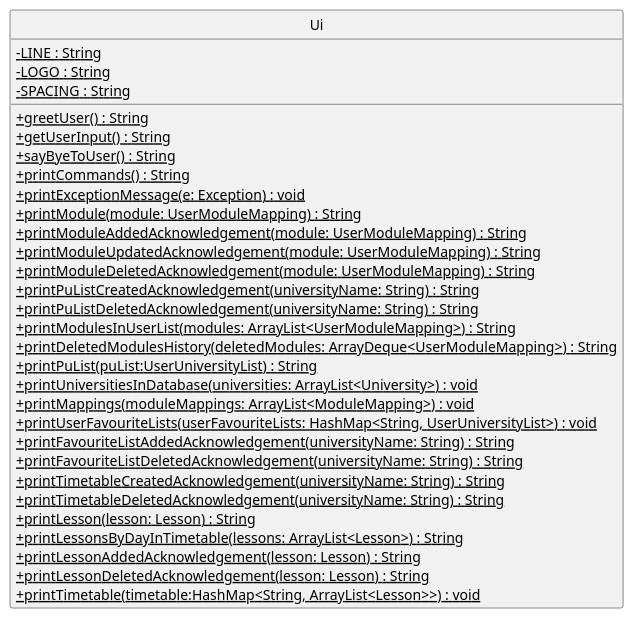
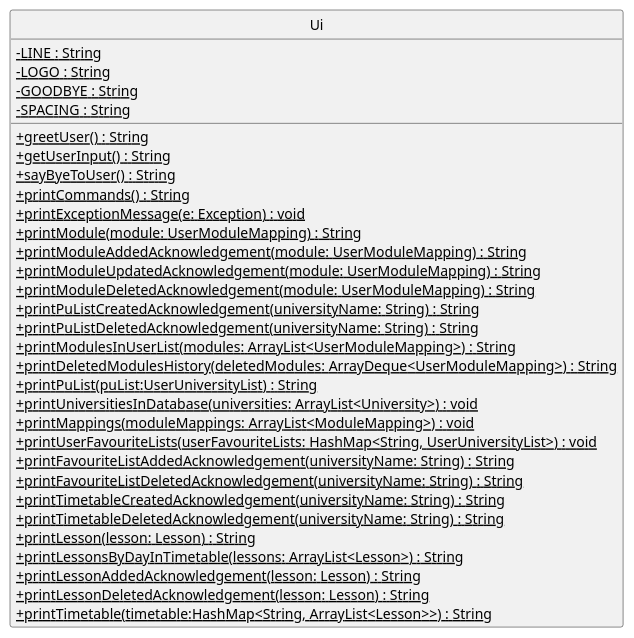
One commit to nus-cs2113-AY2223S1/tp changed the diagram in docs/diagrams/Ui_Class.puml. Above: the diagram before and after it, drawn with PlantUML. The commit also changed 2 other files, not shown here.

```diff
--- a/docs/diagrams/Ui_Class.puml
+++ b/docs/diagrams/Ui_Class.puml
@@ -1,38 +1,39 @@
 @startuml
 'https://plantuml.com/class-diagram
 hide circle
 skinparam classAttributeIconSize 0
 
 class Ui {
     {static} - LINE : String
     {static} - LOGO : String
+    {static} - GOODBYE : String
     {static} - SPACING : String
     {static} + greetUser() : String
     {static} + getUserInput() : String
     {static} + sayByeToUser() : String
     {static} + printCommands() : String
     {static} + printExceptionMessage(e: Exception) : void
     {static} + printModule(module: UserModuleMapping) : String
     {static} + printModuleAddedAcknowledgement(module: UserModuleMapping) : String
     {static} + printModuleUpdatedAcknowledgement(module: UserModuleMapping) : String
     {static} + printModuleDeletedAcknowledgement(module: UserModuleMapping) : String
     {static} + printPuListCreatedAcknowledgement(universityName: String) : String
     {static} + printPuListDeletedAcknowledgement(universityName: String) : String
     {static} + printModulesInUserList(modules: ArrayList<UserModuleMapping>) : String
     {static} + printDeletedModulesHistory(deletedModules: ArrayDeque<UserModuleMapping>) : String
     {static} + printPuList(puList:UserUniversityList) : String
     {static} + printUniversitiesInDatabase(universities: ArrayList<University>) : void
     {static} + printMappings(moduleMappings: ArrayList<ModuleMapping>) : void
     {static} + printUserFavouriteLists(userFavouriteLists: HashMap<String, UserUniversityList>) : void
     {static} + printFavouriteListAddedAcknowledgement(universityName: String) : String
     {static} + printFavouriteListDeletedAcknowledgement(universityName: String) : String
     {static} + printTimetableCreatedAcknowledgement(universityName: String) : String
     {static} + printTimetableDeletedAcknowledgement(universityName: String) : String
     {static} + printLesson(lesson: Lesson) : String
     {static} + printLessonsByDayInTimetable(lessons: ArrayList<Lesson>) : String
     {static} + printLessonAddedAcknowledgement(lesson: Lesson) : String
     {static} + printLessonDeletedAcknowledgement(lesson: Lesson) : String
-    {static} + printTimetable(timetable:HashMap<String, ArrayList<Lesson>>) : void
+    {static} + printTimetable(timetable:HashMap<String, ArrayList<Lesson>>) : String
 }
 
 @enduml
```
